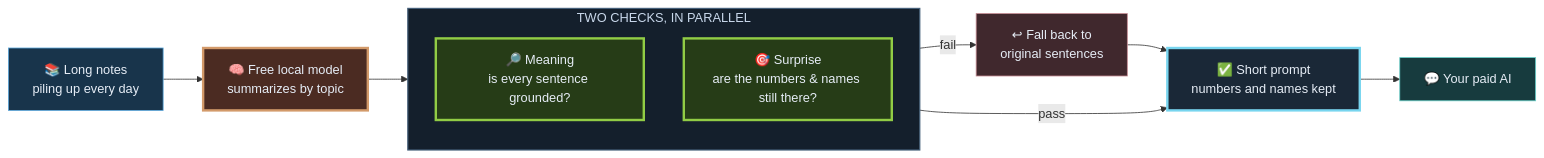
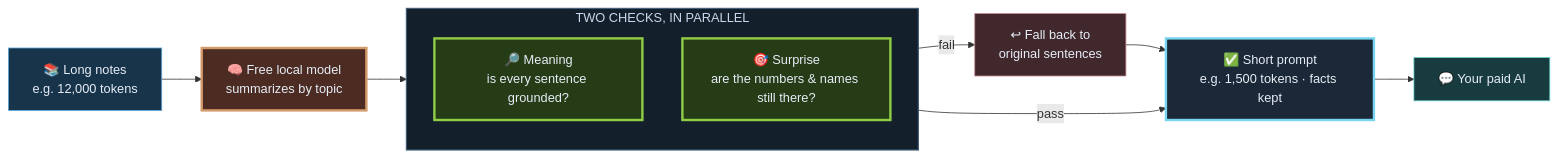
Before and after one commit to ai-agent-orchestrator/prompt-token-saver: the diagram in assets/hero.mmd, drawn with Mermaid. The commit also changed 3 other files, not shown here.

```diff
--- a/assets/hero.mmd
+++ b/assets/hero.mmd
@@ -1,18 +1,18 @@
 flowchart LR
   classDef engineering fill:#18344b,stroke:#5ba7db,color:#e6edf6
   classDef worker fill:#4b2b22,stroke:#d39a6a,stroke-width:3px,color:#e6edf6
   classDef guard fill:#263c17,stroke:#91cc45,stroke-width:3px,color:#e6edf6
   classDef result fill:#1a2837,stroke:#78d5ef,stroke-width:3px,color:#e6edf6
   classDef stop fill:#40282d,stroke:#c58b92,color:#e6edf6
   classDef strategy fill:#173b3e,stroke:#66cfc8,color:#e6edf6
-  IN["📚 Long notes<br/>piling up every day"]:::engineering --> SUM["🧠 Free local model<br/>summarizes by topic"]:::worker
+  IN["📚 Long notes<br/>e.g. 12,000 tokens"]:::engineering --> SUM["🧠 Free local model<br/>summarizes by topic"]:::worker
   subgraph CHECK["TWO CHECKS, IN PARALLEL"]
     direction TB
     A["🔎 Meaning<br/>is every sentence grounded?"]:::guard
     B["🎯 Surprise<br/>are the numbers & names still there?"]:::guard
   end
   SUM --> CHECK
-  CHECK -->|pass| OUT["✅ Short prompt<br/>numbers and names kept"]:::result
+  CHECK -->|pass| OUT["✅ Short prompt<br/>e.g. 1,500 tokens · facts kept"]:::result
   CHECK -->|fail| FB["↩ Fall back to<br/>original sentences"]:::stop --> OUT
   OUT --> AI["💬 Your paid AI"]:::strategy
   style CHECK fill:#141f2c,stroke:#455f79,stroke-width:1.5px,color:#c9d8eb
```
